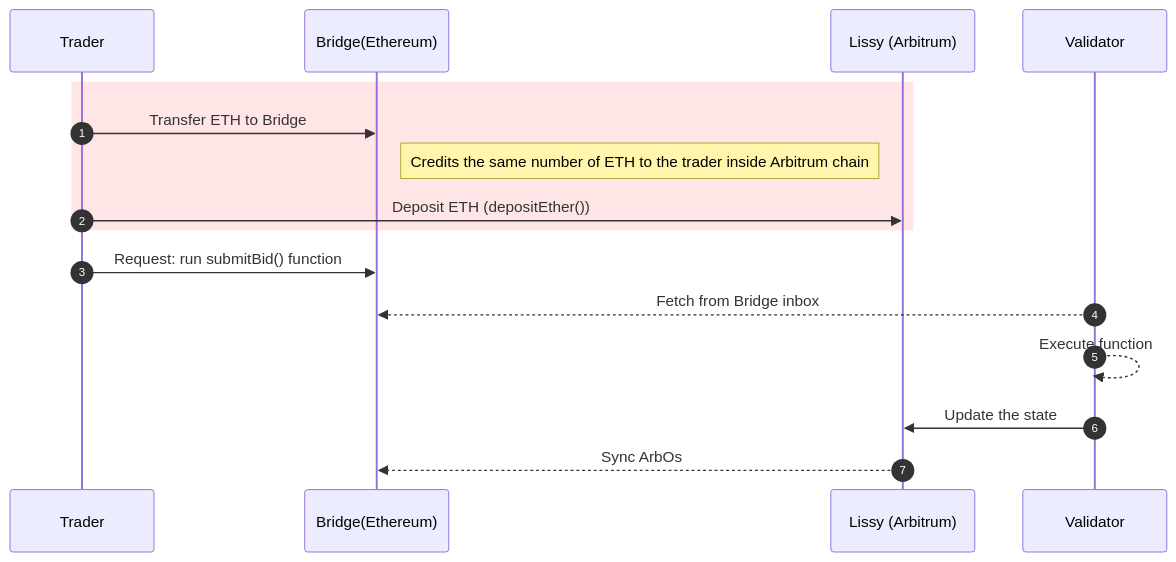
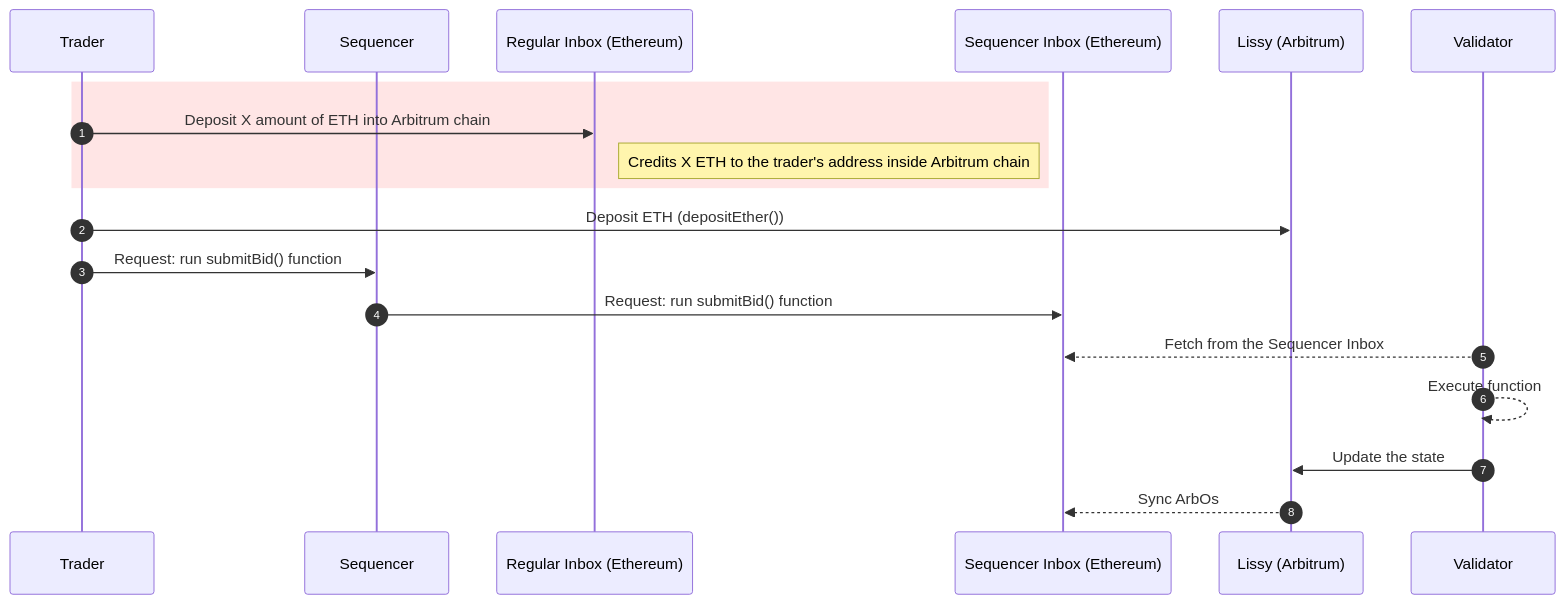
The diagram in LaTeX-LNCS-2022/fig/lissyL2.md (MadibaGroup/2020-Orderbook), drawn with Mermaid before and after one commit. The commit also changed 9 other files, not shown here.

Commit message:
changed the L2 diagram, added some texts and a ref to appendix

````diff
--- a/LaTeX-LNCS-2022/fig/lissyL2.md
+++ b/LaTeX-LNCS-2022/fig/lissyL2.md
@@ -1,18 +1,22 @@
 ```mermaid
 sequenceDiagram
 autonumber
 participant Trader
-participant Bridge(Ethereum)
+participant Sequencer
+participant Regular Inbox (Ethereum)
+participant Sequencer Inbox (Ethereum)
 participant Lissy (Arbitrum)
 participant Validator
 rect rgb(255, 0, 0, 0.1)
-Trader->>Bridge(Ethereum): Transfer ETH to Bridge
-Note right of Bridge(Ethereum): Credits the same number of ETH to the trader inside Arbitrum chain
+Trader->>Regular Inbox (Ethereum): Deposit X amount of ETH into Arbitrum chain
+Note right of Regular Inbox (Ethereum): Credits X ETH to the trader's address inside Arbitrum chain
+end
 Trader->>Lissy (Arbitrum): Deposit ETH (depositEther())
-end
-Trader->>Bridge(Ethereum): Request: run submitBid() function
-Validator-->>Bridge(Ethereum): Fetch from Bridge inbox
+
+Trader->>Sequencer: Request: run submitBid() function
+Sequencer->>Sequencer Inbox (Ethereum):Request: run submitBid() function
+Validator-->>Sequencer Inbox (Ethereum): Fetch from the Sequencer Inbox
 Validator-->>Validator: Execute function
 Validator->>Lissy (Arbitrum):Update the state
-Lissy (Arbitrum)-->>Bridge(Ethereum): Sync ArbOs
+Lissy (Arbitrum)-->>Sequencer Inbox (Ethereum): Sync ArbOs
 ```
````
